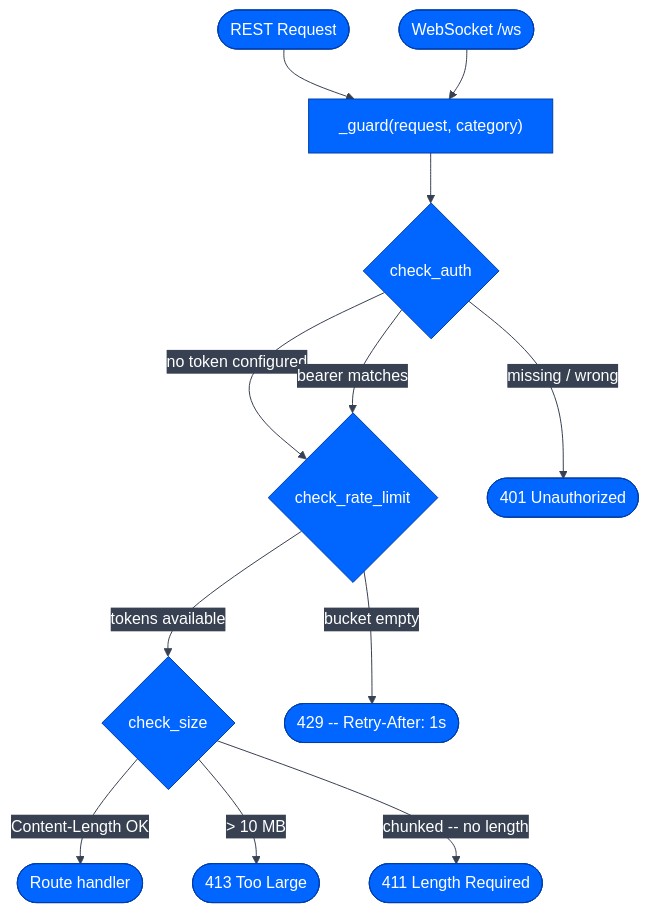
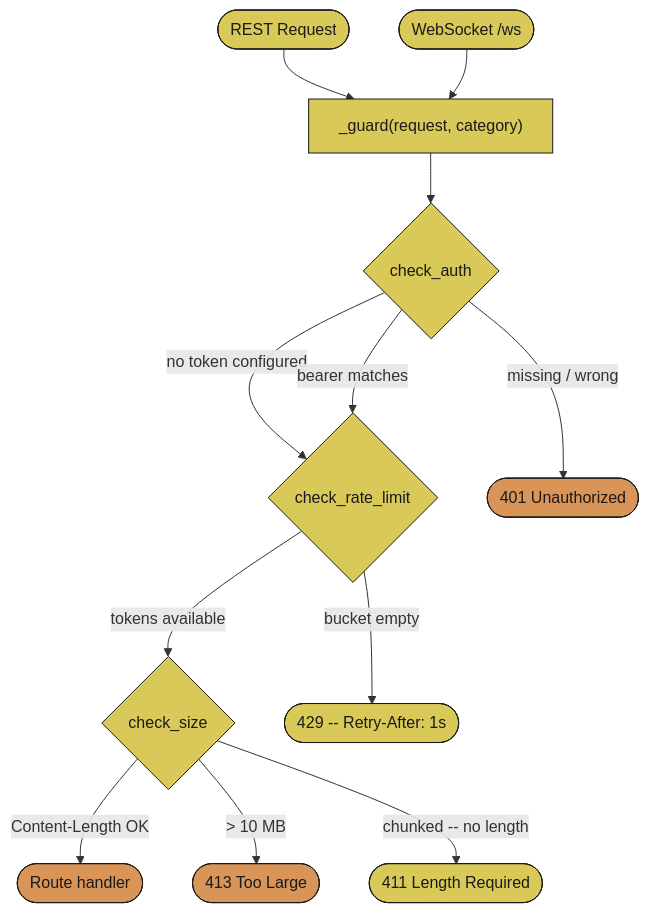
One commit to JosephOIbrahim/Comfy-Cozy changed diagram 15 of 27 in README.md. Above: the diagram before and after it, drawn with Mermaid. The commit also changed other lines of this file and 38 other files, not shown here.

````diff
--- a/README.md
+++ b/README.md
@@ -614,15 +741,19 @@
 ```mermaid
-%%{init: {'theme':'base','themeVariables': {'primaryColor':'#0066FF','primaryTextColor':'#ffffff','primaryBorderColor':'#003eaa','lineColor':'#374151','secondaryColor':'#374151','tertiaryColor':'#1f2937','fontFamily':'monospace'}}}%%
 flowchart TD
     REST([REST Request]) --> Guard["_guard(request, category)"]
     WS([WebSocket /ws]) --> Guard
     Guard --> Auth{check_auth}
     Auth -->|"no token configured"| Rate{check_rate_limit}
     Auth -->|"bearer matches"| Rate
     Auth -->|"missing / wrong"| R401(["401 Unauthorized"])
     Rate -->|"tokens available"| Size{check_size}
     Rate -->|"bucket empty"| R429(["429 -- Retry-After: 1s"])
     Size -->|"Content-Length OK"| Handler(["Route handler"])
     Size -->|"> 10 MB"| R413(["413 Too Large"])
     Size -->|"chunked -- no length"| R411(["411 Length Required"])
+
+    classDef orange fill:#d99458,color:#1a1a1a,stroke:#1a1a1a
+    classDef yellow fill:#d9c958,color:#1a1a1a,stroke:#1a1a1a
+    class R401,R413,Handler orange
+    class R429,R411,Guard,REST,_guard,WS,Auth,Rate,Size yellow
 ```
````
